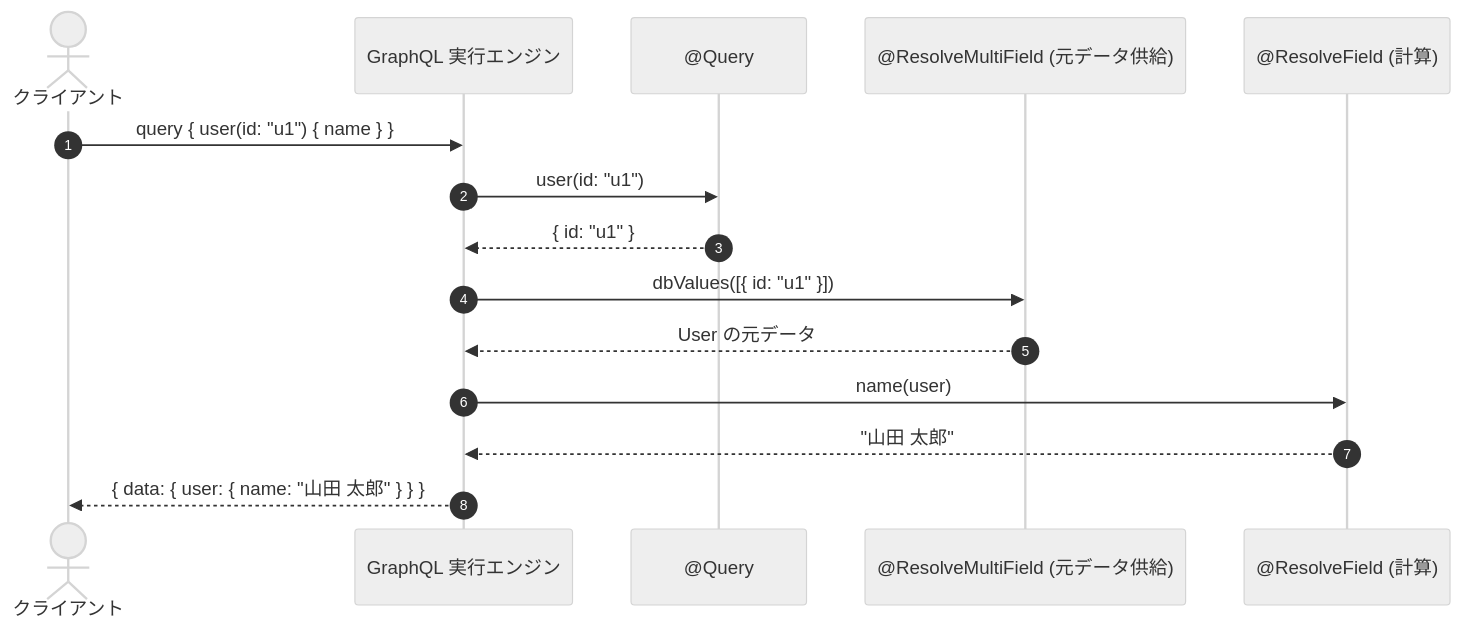
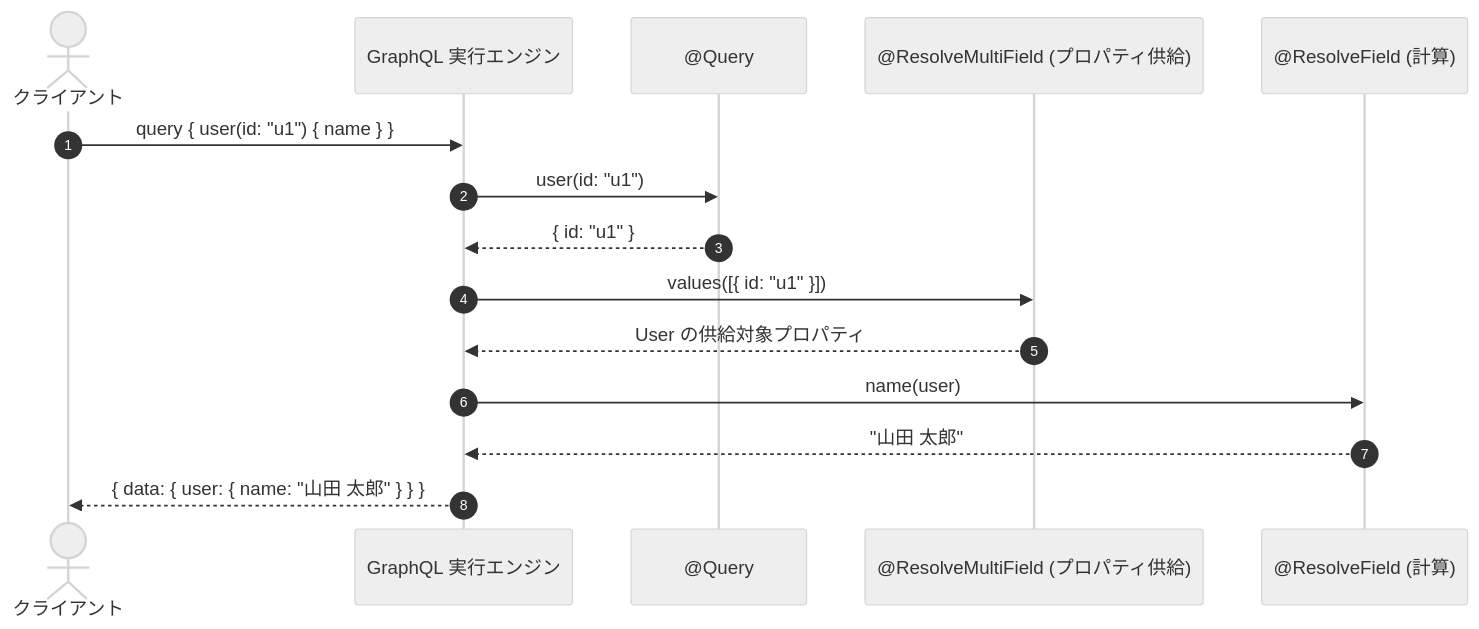
The first of 3 diagrams in website/i18n/ja/docusaurus-plugin-content-docs/current/graphql.md (zeltjs/zelt), drawn with Mermaid (neutral theme) before and after one commit. The commit also changed other lines of this file and 8 other files, not shown here.

First line of the commit message:
fix(graphql): resolve fields declared in model types

````diff
--- a/website/i18n/ja/docusaurus-plugin-content-docs/current/graphql.md
+++ b/website/i18n/ja/docusaurus-plugin-content-docs/current/graphql.md
@@ -164,18 +168,18 @@
 ```mermaid
 sequenceDiagram
     autonumber
     actor Client as クライアント
     participant Router as GraphQL 実行エンジン
     participant Query as @Query
-    participant Multi as @ResolveMultiField (元データ供給)
+    participant Multi as @ResolveMultiField (プロパティ供給)
     participant Field as @ResolveField (計算)
 
     Client->>Router: query { user(id: "u1") { name } }
     Router->>Query: user(id: "u1")
     Query-->>Router: { id: "u1" }
-    Router->>Multi: dbValues([{ id: "u1" }])
-    Multi-->>Router: User の元データ
+    Router->>Multi: values([{ id: "u1" }])
+    Multi-->>Router: User の供給対象プロパティ
     Router->>Field: name(user)
     Field-->>Router: "山田 太郎"
     Router-->>Client: { data: { user: { name: "山田 太郎" } } }
 ```
````
